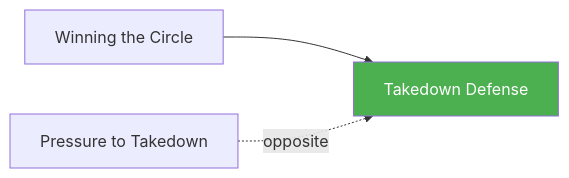
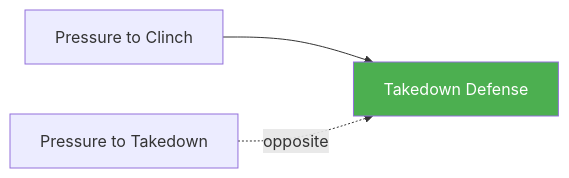
One commit to ACalienes/Ecological-MMA-Game-System changed the diagram in docs/games/takedown-defense.md. Above: the diagram before and after it, drawn with Mermaid. The commit also changed other lines of this file and 62 other files, not shown here.

````diff
--- a/docs/games/takedown-defense.md
+++ b/docs/games/takedown-defense.md
@@ -146,7 +284,7 @@
 ```mermaid
 flowchart LR
-    A[Winning the Circle] --> B[Takedown Defense]
+    A[Pressure to Clinch] --> B[Takedown Defense]
     C[Pressure to Takedown] -.->|opposite| B
 
     style B fill:#4CAF50,color:#fff
 ```
````
